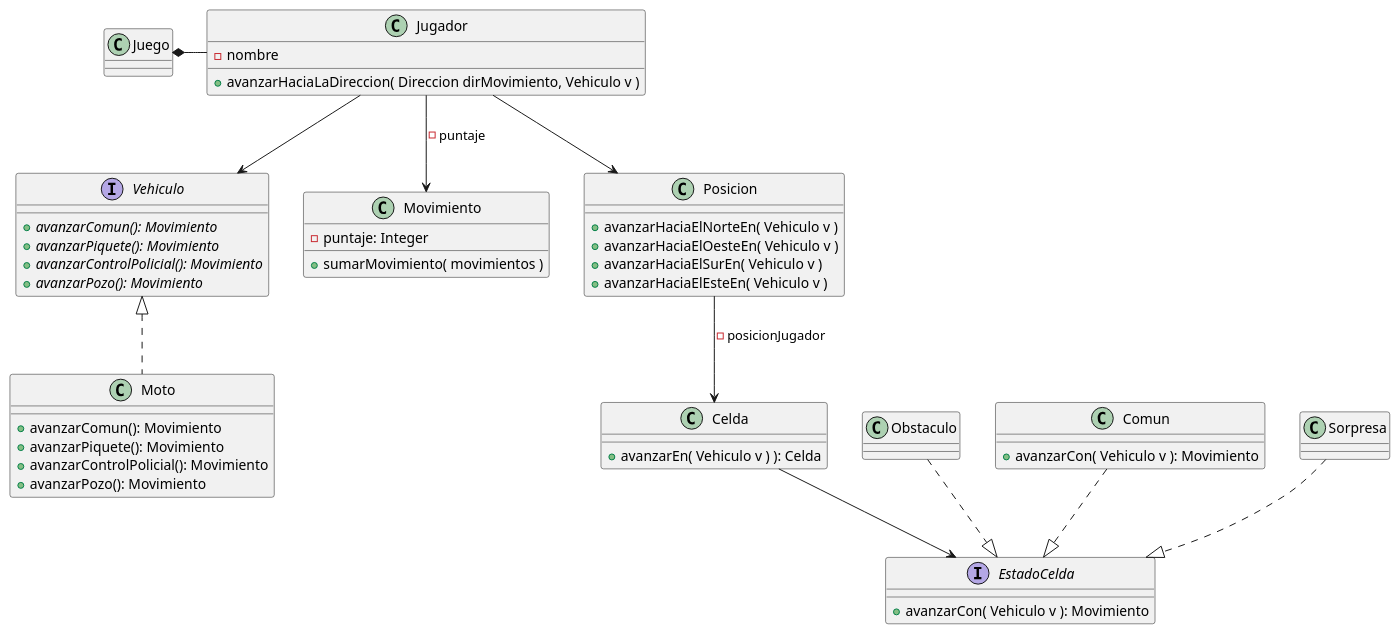
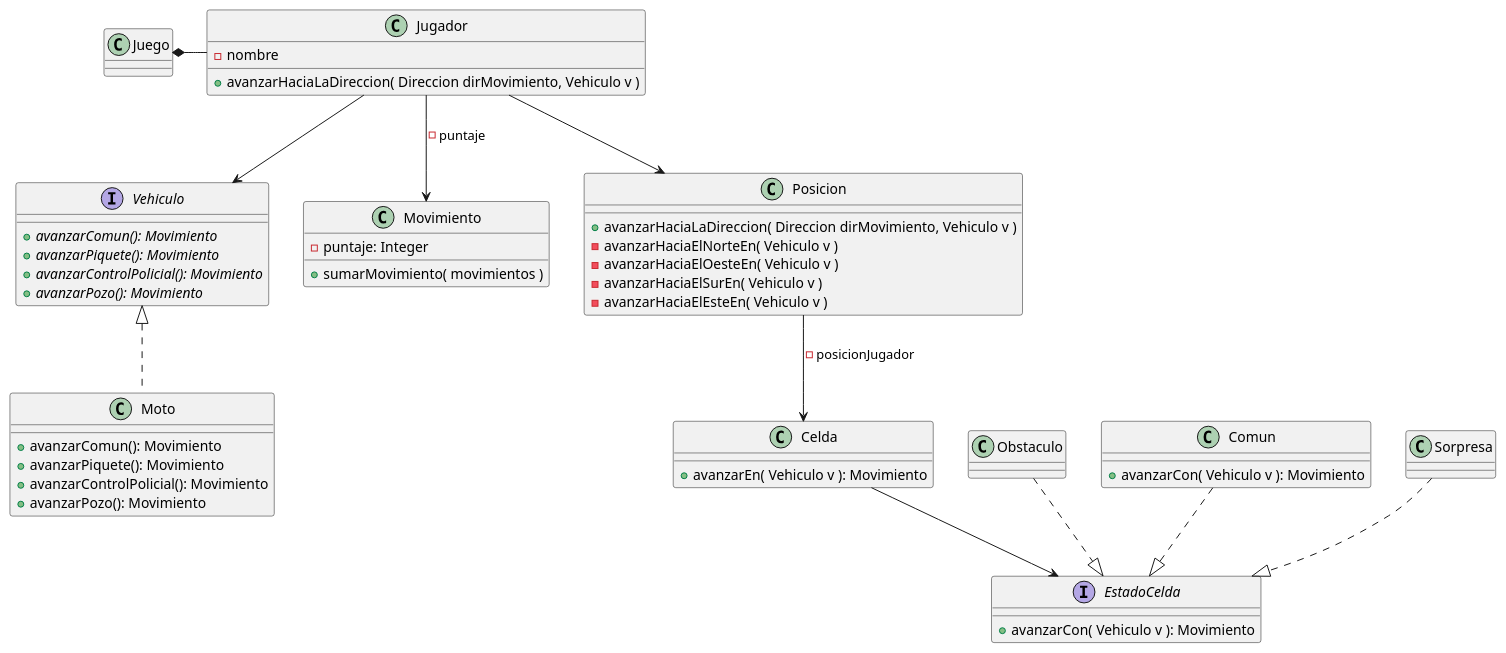
Before and after one commit to rodrigovzq/algo3_tp2: the diagram in diagrams/borradores/DiagramaClase_v0_2.puml, drawn with PlantUML. The commit also changed 6 other files, not shown here.

Commit message:
Agrego diagramas Entrega 1

```diff
--- a/diagrams/borradores/DiagramaClase_v0_2.puml
+++ b/diagrams/borradores/DiagramaClase_v0_2.puml
@@ -1,77 +1,78 @@
 @startuml
 ' Diagrama que representa lo necesario para
 'visualizar el diagrama secuencia Version 0.1
 
 'Clase que encargada de la lógica del juego
 class Juego
 
 Juego *-right- Jugador
 
 'Clase que encapsula la logica de movimientos.
 class Movimiento{
     - puntaje: Integer
     + sumarMovimiento( movimientos )
 }
 
 interface Vehiculo{
     + {abstract} avanzarComun(): Movimiento
     + {abstract} avanzarPiquete(): Movimiento
     + {abstract} avanzarControlPolicial(): Movimiento
     + {abstract} avanzarPozo(): Movimiento
 }
 
 Moto .up.|> Vehiculo
 
 class Moto{
     + avanzarComun(): Movimiento
     + avanzarPiquete(): Movimiento
     + avanzarControlPolicial(): Movimiento
     + avanzarPozo(): Movimiento
 }
 
 'Clase que representa el estado del jugador.
 class Jugador{
     - nombre
     + avanzarHaciaLaDireccion( Direccion dirMovimiento, Vehiculo v )
 }
 
 Jugador -down-> Vehiculo
 Jugador --> Movimiento: - puntaje
 Jugador --> Posicion
 
 'Hay que ver como, pero de alguna manera, por medio de la celda que compone a la posicion
 'le hablamos a una de las celdas adyacentes para movernos con el vehiculo.
 class Posicion{
-    + avanzarHaciaElNorteEn( Vehiculo v )
-    + avanzarHaciaElOesteEn( Vehiculo v )
-    + avanzarHaciaElSurEn( Vehiculo v )
-    + avanzarHaciaElEsteEn( Vehiculo v )
+    + avanzarHaciaLaDireccion( Direccion dirMovimiento, Vehiculo v )
+    - avanzarHaciaElNorteEn( Vehiculo v )
+    - avanzarHaciaElOesteEn( Vehiculo v )
+    - avanzarHaciaElSurEn( Vehiculo v )
+    - avanzarHaciaElEsteEn( Vehiculo v )
 }
 
 Posicion --> Celda: - posicionJugador
 
 'Clase que representa cada manzana del mapa.
 'Esta se va a comunicar con su estado, que representa
 'un "evento" particular.
 class Celda{
-    + avanzarEn( Vehiculo v ) ): Celda
+    + avanzarEn( Vehiculo v ): Movimiento
 }
 
 Celda --> EstadoCelda
 
 'Patron State, cada celda tiene un estado/evento que va a utilizar
 'la información que le pasemos por parametros de manera distinta.
 
 interface EstadoCelda{
     + avanzarCon( Vehiculo v ): Movimiento
 }
 
 Obstaculo ..|> EstadoCelda
 Comun ..|> EstadoCelda
 Sorpresa ..|> EstadoCelda
 
 class Comun{
     + avanzarCon( Vehiculo v ): Movimiento
 }
 
 @enduml
```
